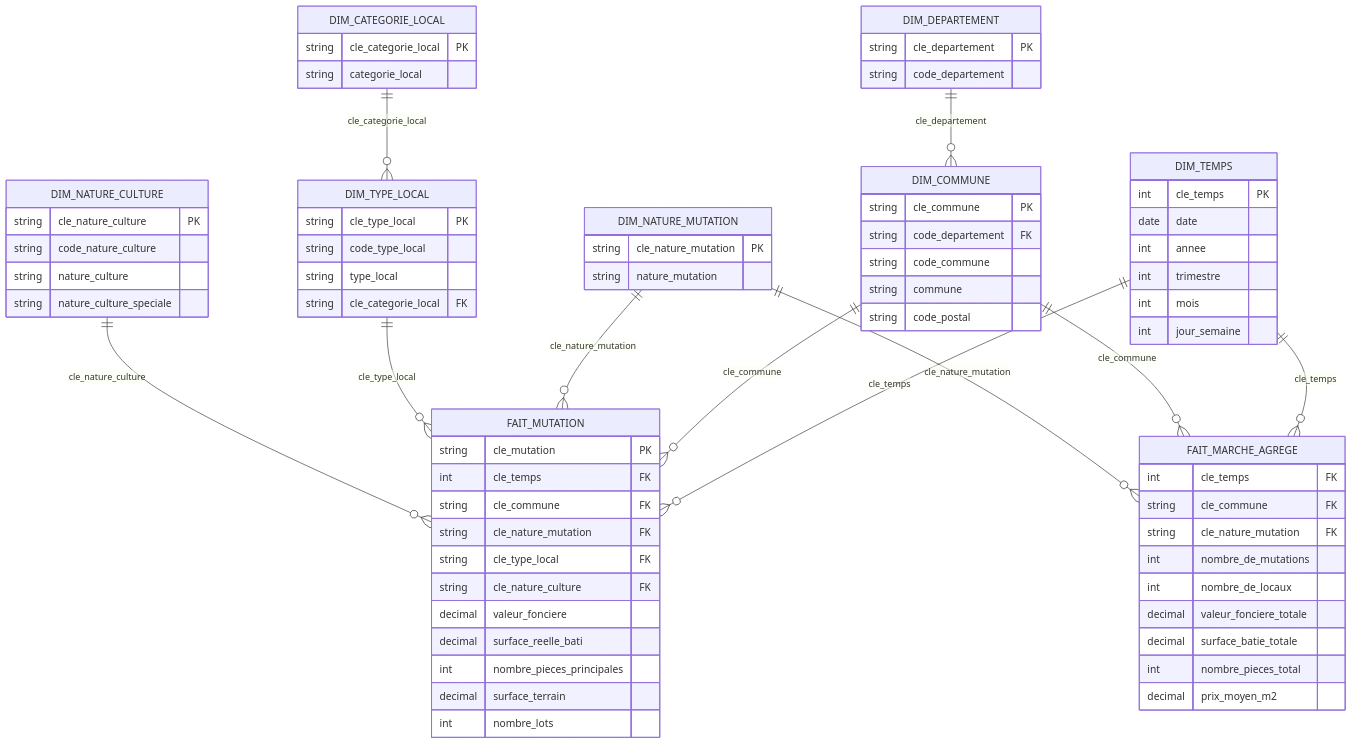
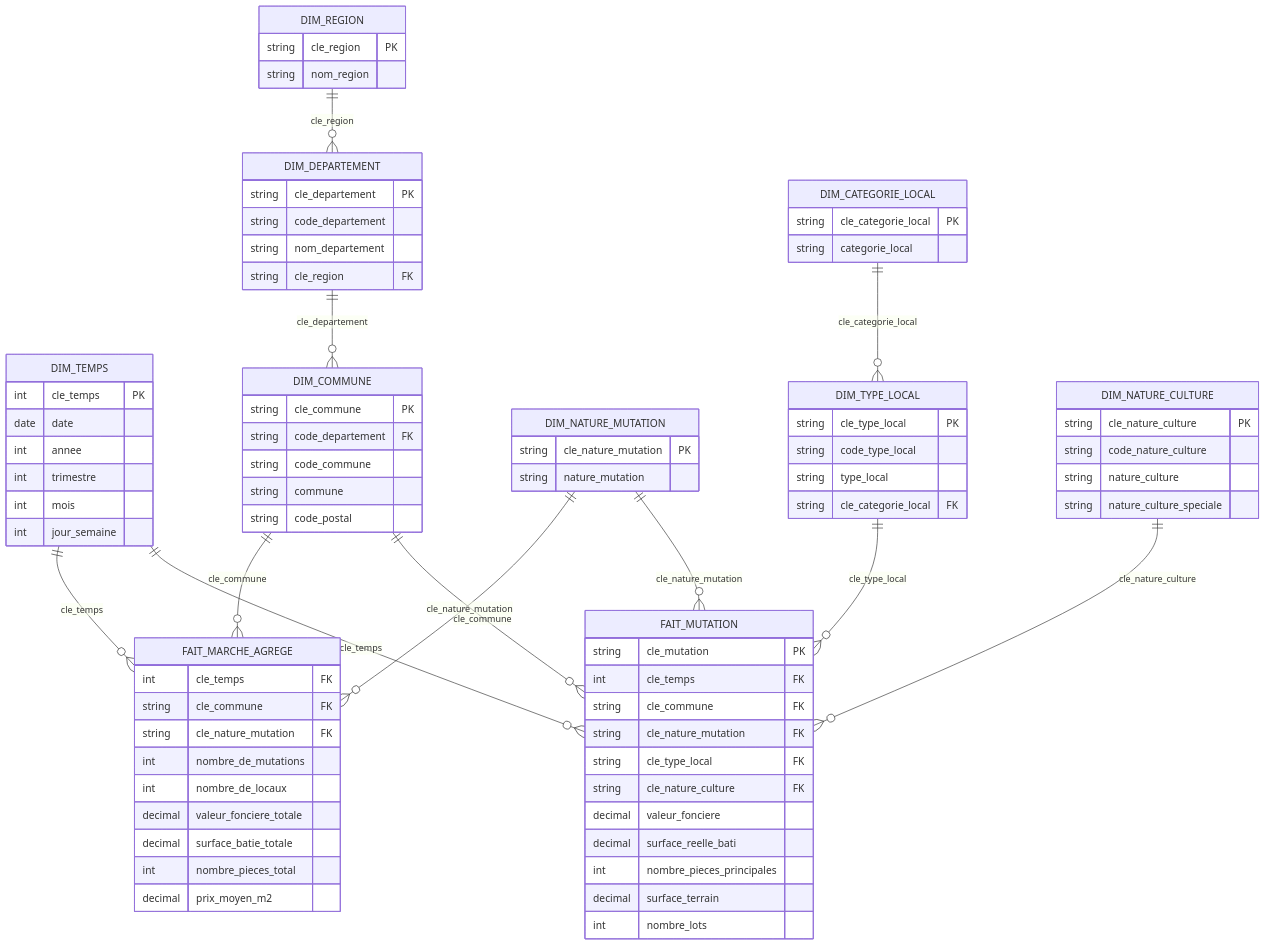
Before and after one commit to Remi-Petit/Projet_Solaris_EFREI: the diagram in MODELE_DATAMART.md, drawn with Mermaid. The commit also changed other lines of this file and 19 other files, not shown here.

```diff
--- a/MODELE_DATAMART.md
+++ b/MODELE_DATAMART.md
@@ -22,6 +30,7 @@
     DIM_TYPE_LOCAL       ||--o{ FAIT_MUTATION : "cle_type_local"
     DIM_NATURE_CULTURE   ||--o{ FAIT_MUTATION : "cle_nature_culture"
     DIM_DEPARTEMENT      ||--o{ DIM_COMMUNE : "cle_departement"
+    DIM_REGION           ||--o{ DIM_DEPARTEMENT : "cle_region"
     DIM_CATEGORIE_LOCAL  ||--o{ DIM_TYPE_LOCAL : "cle_categorie_local"
 
     FAIT_MUTATION {
@@ -48,9 +57,15 @@
         int    nombre_pieces_total
         decimal prix_moyen_m2
     }
+    DIM_REGION {
+        string cle_region PK
+        string nom_region
+    }
     DIM_DEPARTEMENT {
         string cle_departement PK
         string code_departement
+        string nom_departement
+        string cle_region FK
     }
     DIM_COMMUNE {
         string cle_commune PK
```
